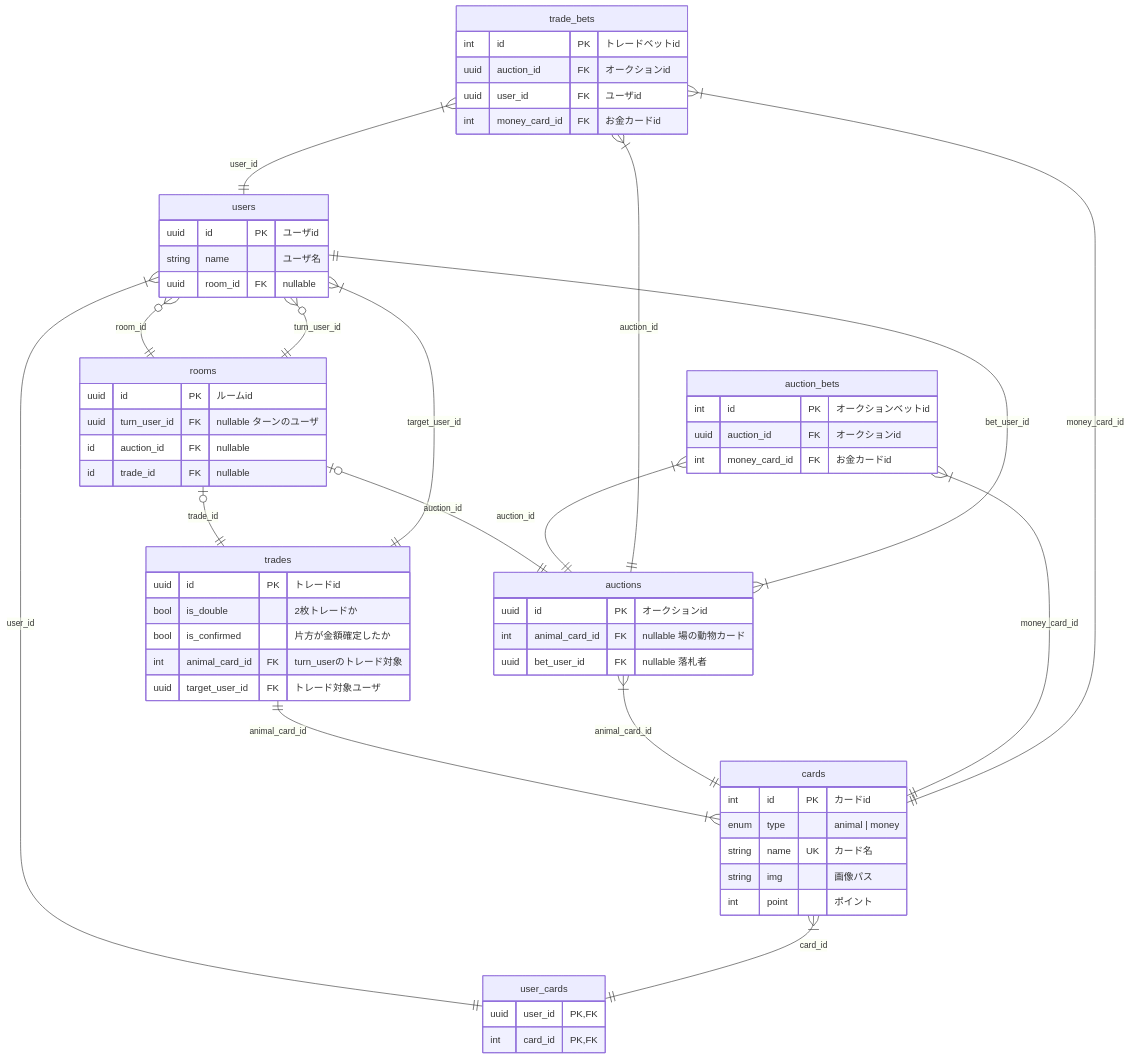
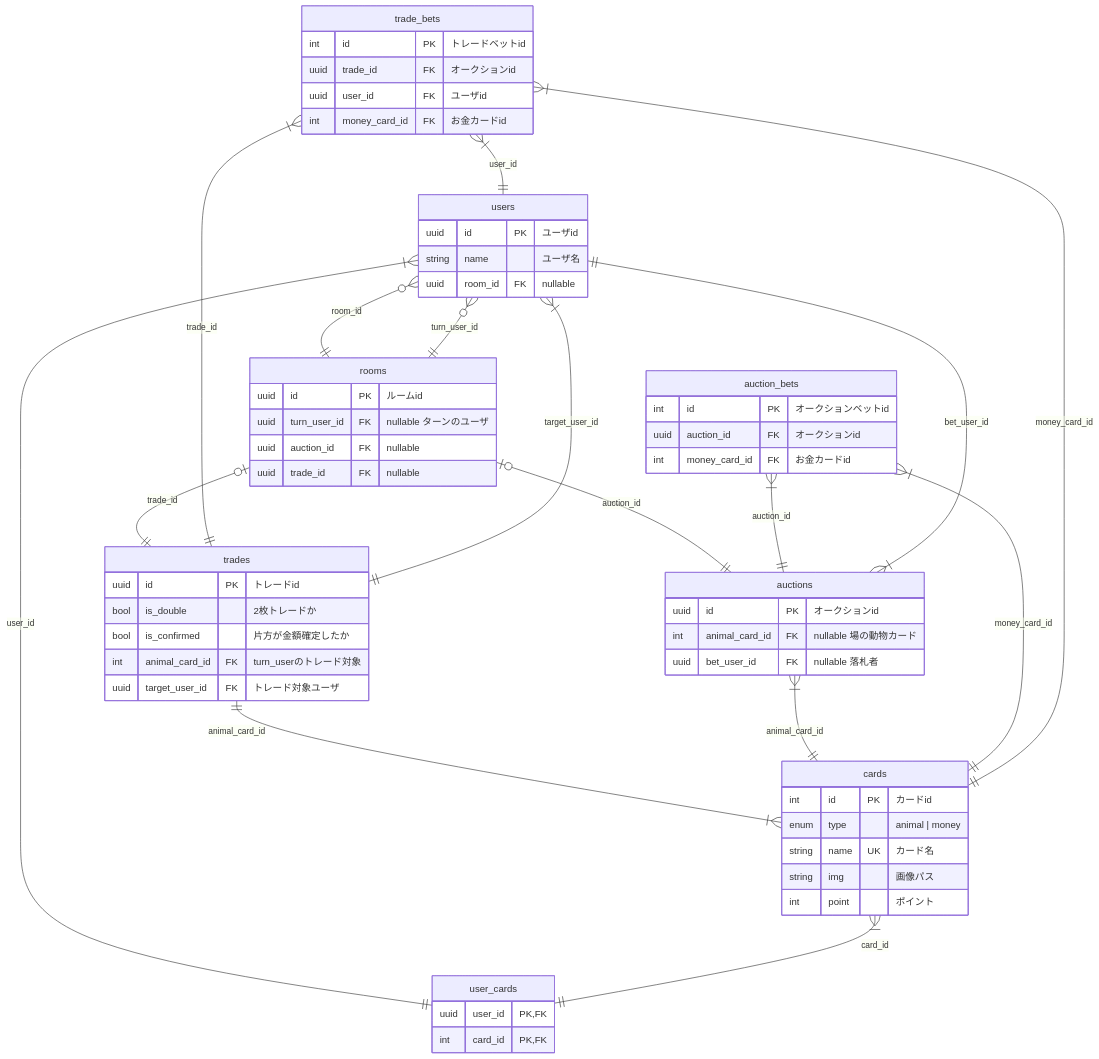
One commit to alltheturkey/auction changed the diagram in document/ER-diagram.md. Above: the diagram before and after it, drawn with Mermaid. The commit also changed 2 other files, not shown here.

Commit message:
docs(document): building api spec

````diff
--- a/document/ER-diagram.md
+++ b/document/ER-diagram.md
@@ -1,71 +1,71 @@
 ```mermaid
 erDiagram
     users o{--|| rooms : "room_id"
     rooms ||--o{ users : "turn_user_id"
     users |{--|| user_cards : "user_id"
     cards |{--|| user_cards : "card_id"
     rooms o|--|| auctions : "auction_id"
     rooms o|--|| trades : "trade_id"
     trades ||--|{ cards : "animal_card_id"
     trades ||--|{ users : "target_user_id"
     auctions |{--|| cards : "animal_card_id"
     auctions |{--|| users : "bet_user_id"
     auction_bets |{--|| auctions : "auction_id"
     auction_bets |{--|| cards : "money_card_id"
-    trade_bets |{--|| auctions : "auction_id"
+    trade_bets |{--|| trades : "trade_id"
     trade_bets |{--|| users : "user_id"
     trade_bets |{--|| cards : "money_card_id"
 
     users {
         uuid id PK "ユーザid"
         string name "ユーザ名"
         uuid room_id FK "nullable"
     }
 
     user_cards {
         uuid user_id PK,FK
         int card_id PK,FK
     }
 
     cards {
         int id PK "カードid"
         enum type "animal | money"
         string name UK "カード名"
         string img "画像パス"
         int point "ポイント"
     }
 
     rooms {
         uuid id PK "ルームid"
         uuid turn_user_id FK "nullable ターンのユーザ"
-        id auction_id FK "nullable"
-        id trade_id FK "nullable"
+        uuid auction_id FK "nullable"
+        uuid trade_id FK "nullable"
     }
 
     auctions {
         uuid id PK "オークションid"
         int animal_card_id FK "nullable 場の動物カード"
         uuid bet_user_id FK "nullable 落札者"
     }
 
     auction_bets {
         int id PK "オークションベットid"
         uuid auction_id FK "オークションid"
         int money_card_id FK "お金カードid"
     }
 
     trades {
         uuid id PK "トレードid"
         bool is_double "2枚トレードか"
         bool is_confirmed "片方が金額確定したか"
         int animal_card_id FK "turn_userのトレード対象"
         uuid target_user_id FK "トレード対象ユーザ"
     }
 
     trade_bets{
         int id PK "トレードベットid"
-        uuid auction_id FK "オークションid"
+        uuid trade_id FK "オークションid"
         uuid user_id FK "ユーザid"
         int money_card_id FK "お金カードid"
     }
 ```
````
